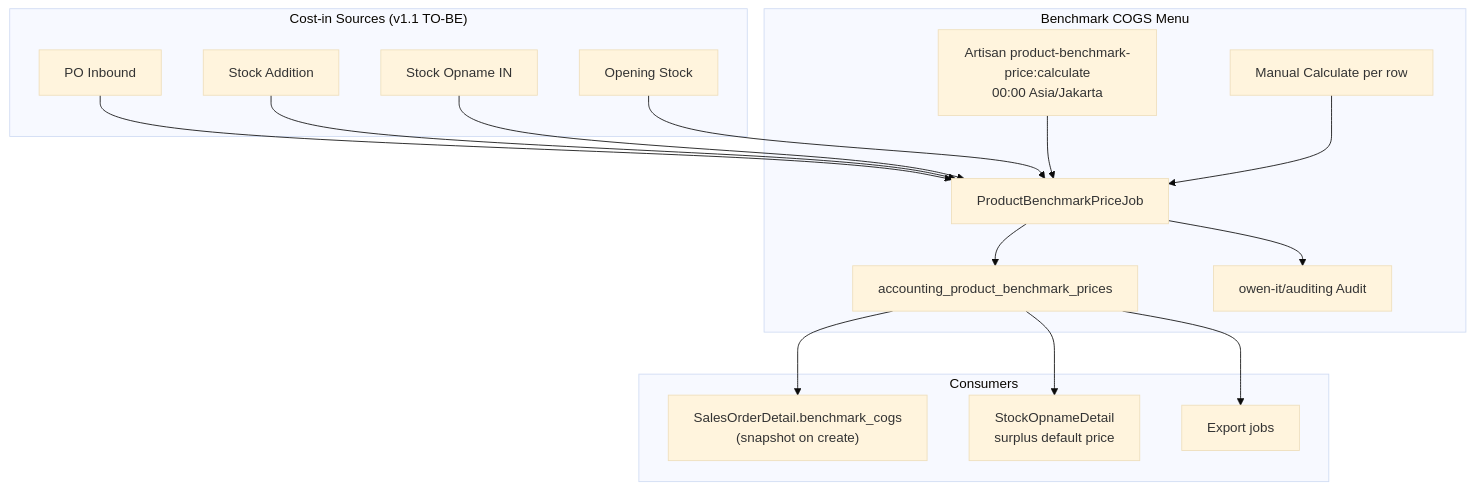
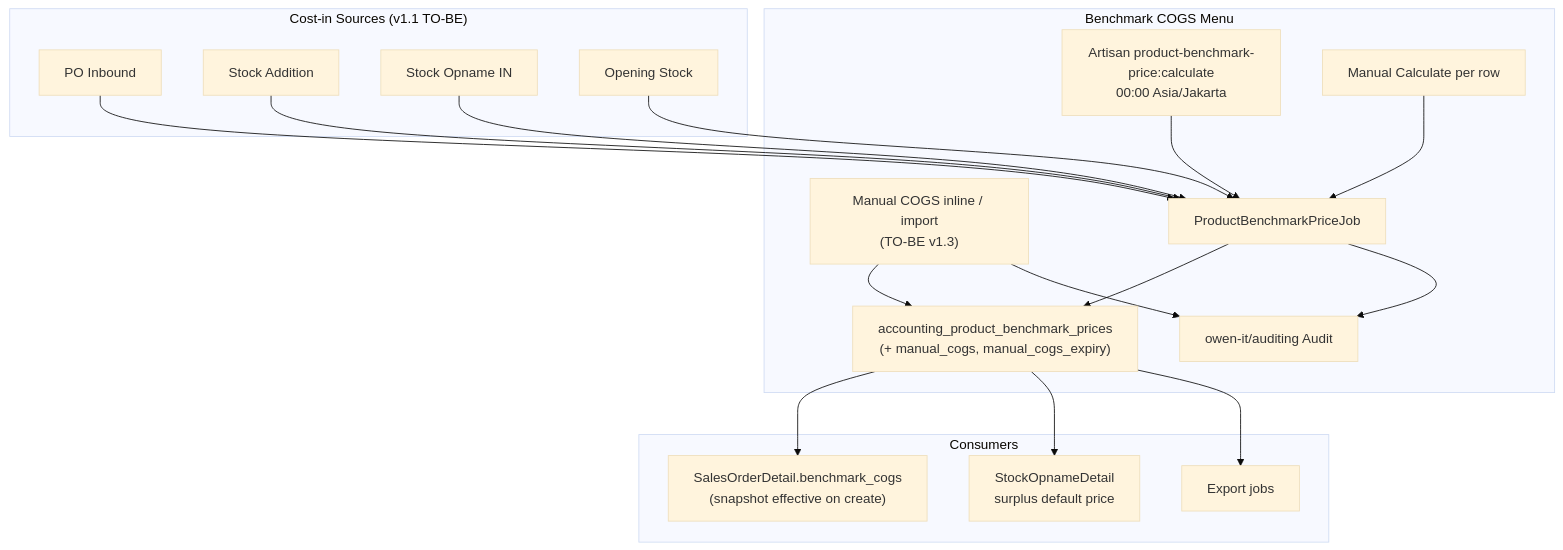
One commit to yendyr/olshoperp-docs changed the diagram in qa-docs/accounting-product-benchmark-price/technical.md. Above: the diagram before and after it, drawn with Mermaid (base theme). The commit also changed other lines of this file and 133 other files, not shown here.

````diff
--- a/qa-docs/accounting-product-benchmark-price/technical.md
+++ b/qa-docs/accounting-product-benchmark-price/technical.md
@@ -30,35 +32,38 @@
 ```mermaid
 flowchart TB
     subgraph Sources["Cost-in Sources (v1.1 TO-BE)"]
         PO["PO Inbound"]
         SA["Stock Addition"]
         SO_IN["Stock Opname IN"]
         OS["Opening Stock"]
     end
 
     subgraph Master["Benchmark COGS Menu"]
         CMD["Artisan product-benchmark-price:calculate\n00:00 Asia/Jakarta"]
         MAN["Manual Calculate per row"]
+        MANUAL["Manual COGS inline / import\n(TO-BE v1.3)"]
         JOB["ProductBenchmarkPriceJob"]
-        TBL["accounting_product_benchmark_prices"]
+        TBL["accounting_product_benchmark_prices\n(+ manual_cogs, manual_cogs_expiry)"]
         AUD["owen-it/auditing Audit"]
     end
 
     subgraph Consumers["Consumers"]
-        SO["SalesOrderDetail.benchmark_cogs\n(snapshot on create)"]
+        SO["SalesOrderDetail.benchmark_cogs\n(snapshot effective on create)"]
         OP["StockOpnameDetail\nsurplus default price"]
         EXP["Export jobs"]
     end
 
     PO --> JOB
     SA --> JOB
     SO_IN --> JOB
     OS --> JOB
     CMD --> JOB
     MAN --> JOB
+    MANUAL --> TBL
     JOB --> TBL
     JOB --> AUD
+    MANUAL --> AUD
     TBL --> SO
     TBL --> OP
     TBL --> EXP
 ```
````
